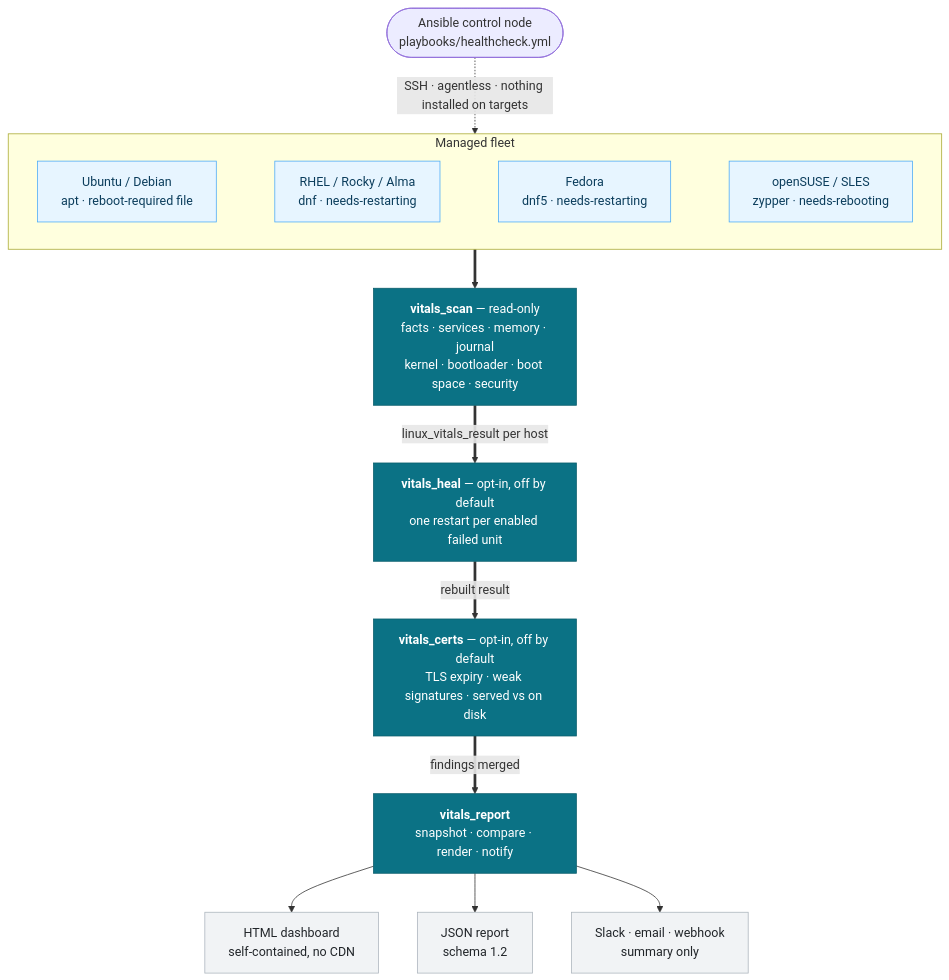
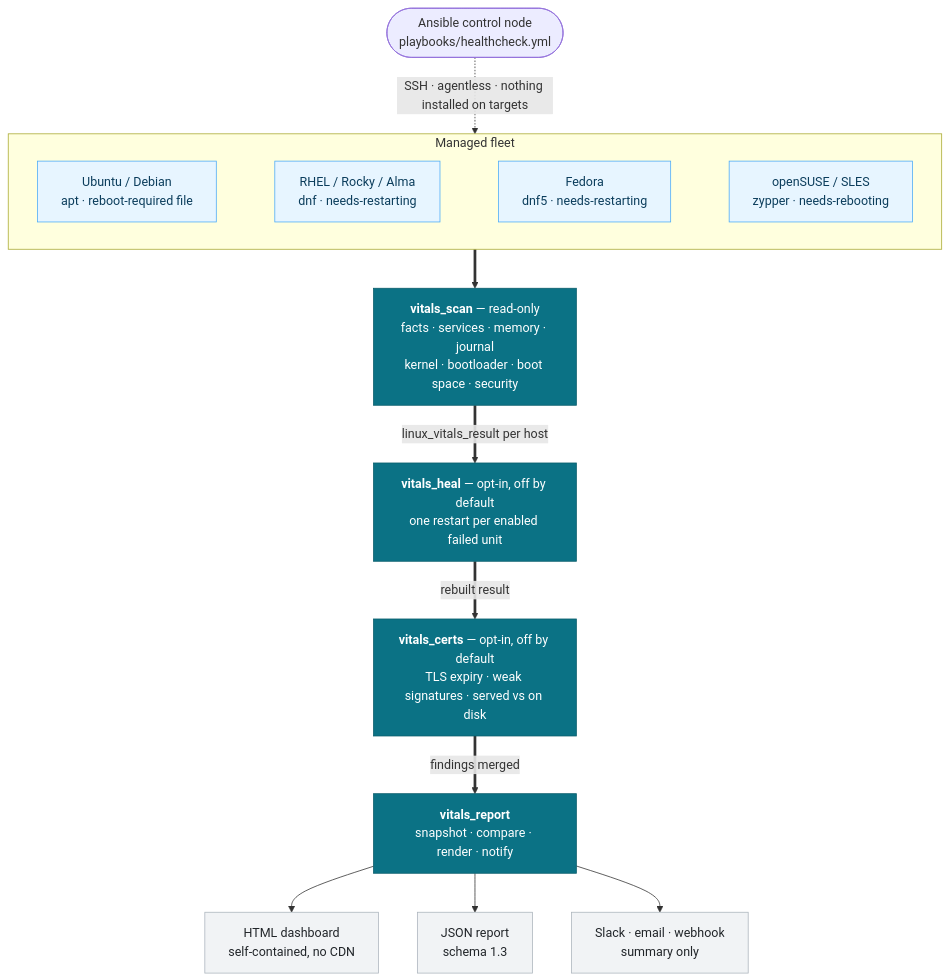
Before and after one commit to sameeralam3127/linux-vitals: the diagram in README.md, drawn with Mermaid. The commit also changed other lines of this file, not shown here.

````diff
--- a/README.md
+++ b/README.md
@@ -96,37 +307,37 @@
 ```mermaid
 flowchart TB
     CN(["Ansible control node<br/>playbooks/healthcheck.yml"])
 
     CN -. "SSH · agentless · nothing installed on targets" .-> FLEET
 
     subgraph FLEET["Managed fleet"]
         direction LR
         U["Ubuntu / Debian<br/>apt · reboot-required file"]
         R["RHEL / Rocky / Alma<br/>dnf · needs-restarting"]
         F["Fedora<br/>dnf5 · needs-restarting"]
         S["openSUSE / SLES<br/>zypper · needs-rebooting"]
         U ~~~ R ~~~ F ~~~ S
     end
 
     FLEET ==> SCAN
 
     SCAN["<b>vitals_scan</b> — read-only<br/>facts · services · memory · journal<br/>kernel · bootloader · boot space · security"]
     HEAL["<b>vitals_heal</b> — opt-in, off by default<br/>one restart per enabled failed unit"]
     CERTS["<b>vitals_certs</b> — opt-in, off by default<br/>TLS expiry · weak signatures · served vs on disk"]
     REPORT["<b>vitals_report</b><br/>snapshot · compare · render · notify"]
 
     SCAN ==>|"linux_vitals_result per host"| HEAL
     HEAL ==>|"rebuilt result"| CERTS
     CERTS ==>|"findings merged"| REPORT
 
     REPORT --> HTML["HTML dashboard<br/>self-contained, no CDN"]
-    REPORT --> JSON["JSON report<br/>schema 1.2"]
+    REPORT --> JSON["JSON report<br/>schema 1.3"]
     REPORT --> NOTIFY["Slack · email · webhook<br/>summary only"]
 
     classDef stage fill:#0b7285,stroke:#095c6b,color:#ffffff
     classDef out fill:#f1f3f5,stroke:#adb5bd,color:#212529
     classDef host fill:#e7f5ff,stroke:#4dabf7,color:#0b3d5c
     class SCAN,HEAL,CERTS,REPORT stage
     class HTML,JSON,NOTIFY out
     class U,R,F,S host
 ```
````
